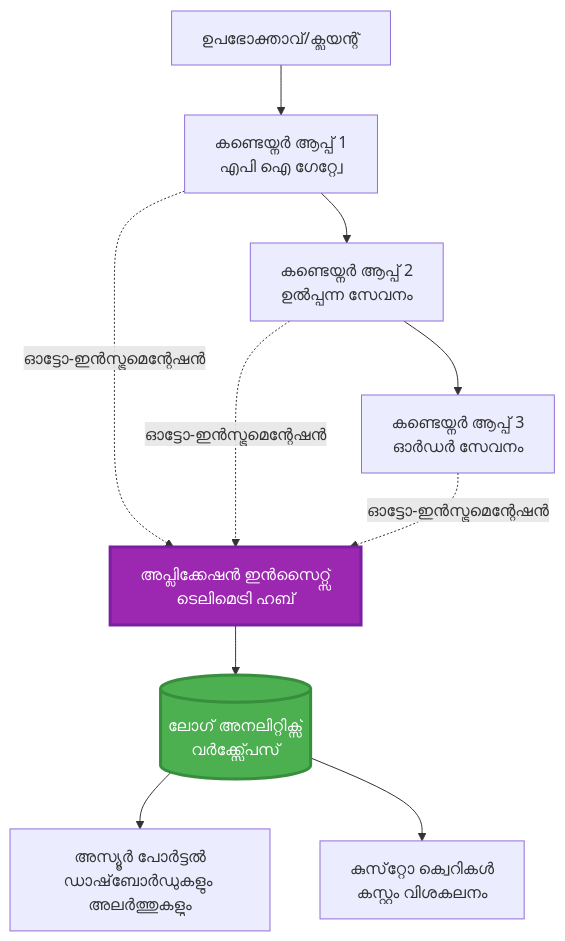
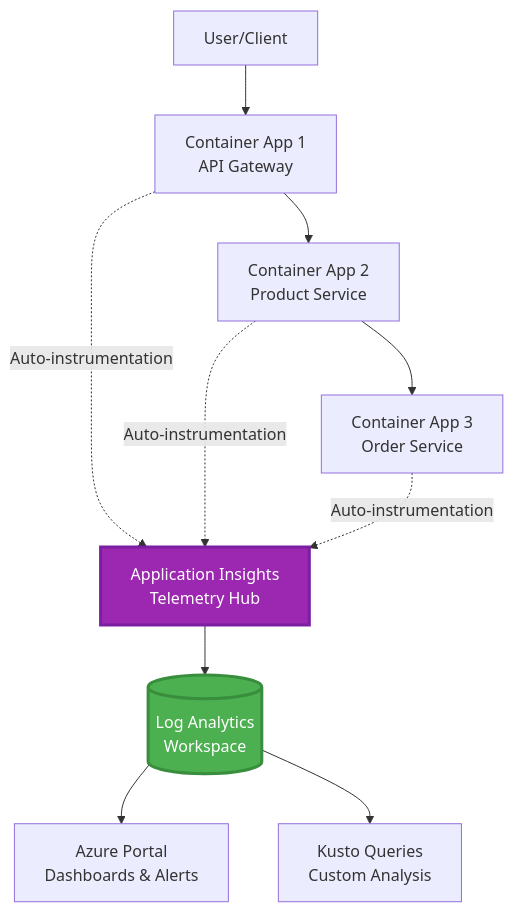
The first of 2 diagrams in translations/ml/docs/chapter-06-pre-deployment/application-insights.md (microsoft/AZD-for-beginners), drawn with Mermaid before and after one commit. The commit also changed other lines of this file and 21 other files, not shown here.

````diff
--- a/translations/ml/docs/chapter-06-pre-deployment/application-insights.md
+++ b/translations/ml/docs/chapter-06-pre-deployment/application-insights.md
@@ -58,28 +58,28 @@
 ```mermaid
 graph TB
-    User[ഉപഭോക്താവ്/ക്ലയന്റ്]
-    App1[കണ്ടെയ്നര്‍ ആപ്പ് 1<br/>എപി ഐ ഗേറ്റ്വേ]
-    App2[കണ്ടെയ്നര്‍ ആപ്പ് 2<br/>ഉല്‍പ്പന്ന സേവനം]
-    App3[കണ്ടെയ്നര്‍ ആപ്പ് 3<br/>ഓര്‍ഡര്‍ സേവനം]
+    User[User/Client]
+    App1[Container App 1<br/>API Gateway]
+    App2[Container App 2<br/>Product Service]
+    App3[Container App 3<br/>Order Service]
     
-    AppInsights[അപ്ലിക്കേഷന്‍ ഇന്‍സൈറ്റ്സ്<br/>ടെലിമെട്രി ഹബ്]
-    LogAnalytics[(ലോഗ് അനലിറ്റിക്സ്<br/>വർക്ക്സ്പേസ്)]
+    AppInsights[Application Insights<br/>Telemetry Hub]
+    LogAnalytics[(Log Analytics<br/>Workspace)]
     
-    Portal[അസ്യൂര്‍ പോര്‍ട്ടല്‍<br/>ഡാഷ്‌ബോര്‍ഡുകളും അലർത്തുകളും]
-    Query[കുസ്‌റ്റോ ക്വെറികൾ<br/>കസ്റ്റം വിശകലനം]
+    Portal[Azure Portal<br/>Dashboards & Alerts]
+    Query[Kusto Queries<br/>Custom Analysis]
     
     User --> App1
     App1 --> App2
     App2 --> App3
     
-    App1 -.->|ഓട്ടോ-ഇൻസ്ട്രുമെന്റേഷന്‍| AppInsights
-    App2 -.->|ഓട്ടോ-ഇൻസ്ട്രുമെന്റേഷന്‍| AppInsights
-    App3 -.->|ഓട്ടോ-ഇൻസ്ട്രുമെന്റേഷന്‍| AppInsights
+    App1 -.->|Auto-instrumentation| AppInsights
+    App2 -.->|Auto-instrumentation| AppInsights
+    App3 -.->|Auto-instrumentation| AppInsights
     
     AppInsights --> LogAnalytics
     LogAnalytics --> Portal
     LogAnalytics --> Query
     
     style AppInsights fill:#9C27B0,stroke:#7B1FA2,stroke-width:3px,color:#fff
     style LogAnalytics fill:#4CAF50,stroke:#388E3C,stroke-width:3px,color:#fff
 ```
````
